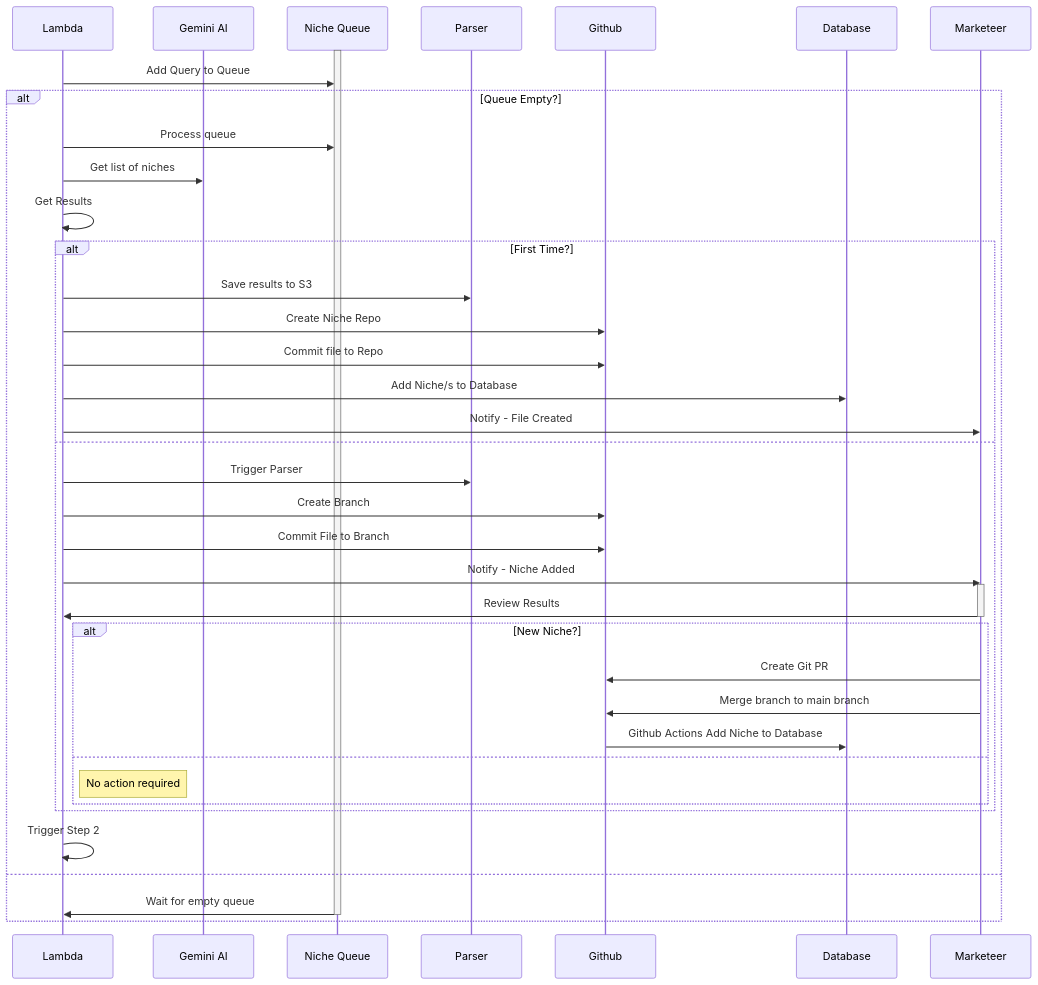
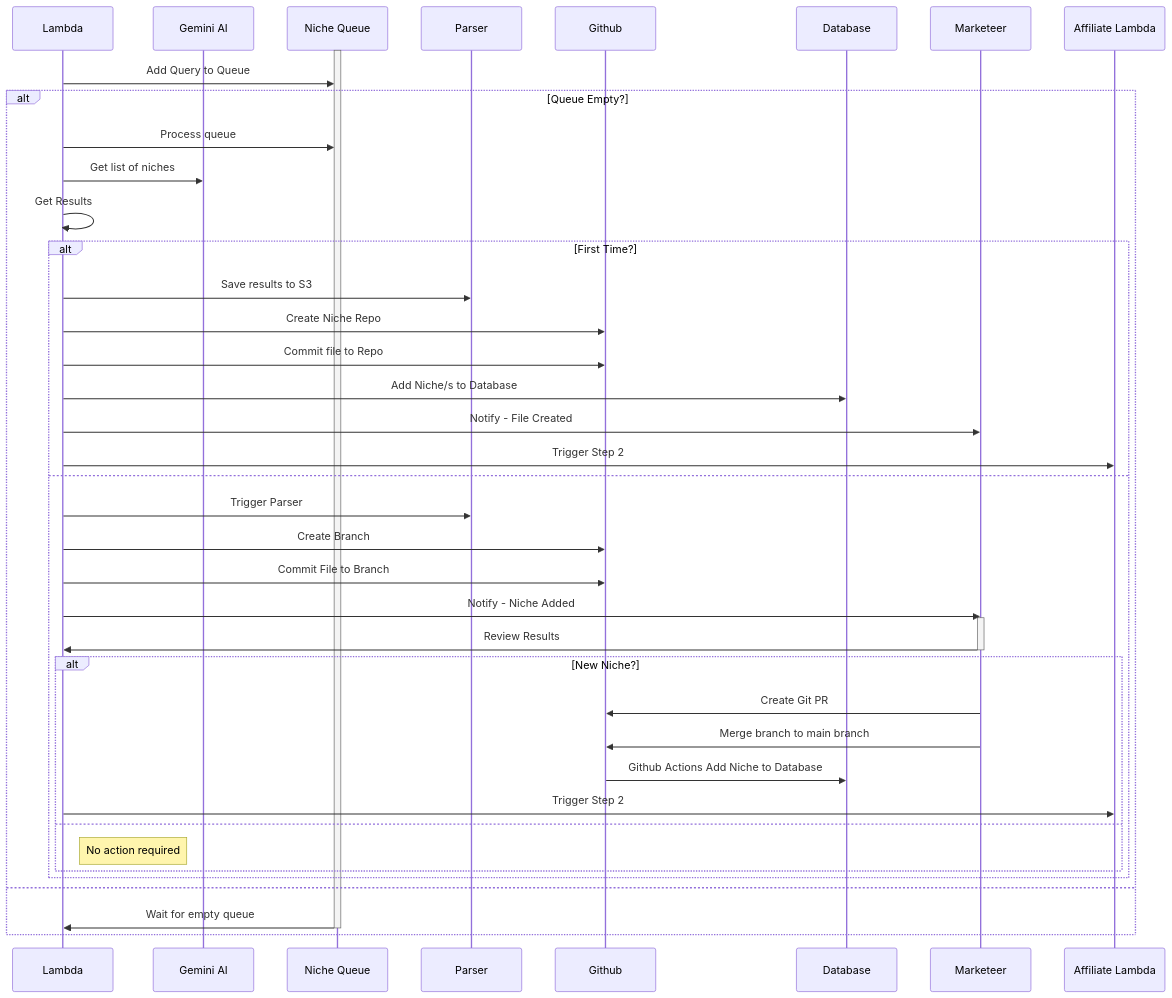
Before and after one commit to mmaidana/marky-ai: the diagram in diagrams/solution-sequence-diagram.mmd, drawn with Mermaid. The commit also changed 1 other file, not shown here.

Commit message:
first step done perfectly

```diff
--- a/diagrams/solution-sequence-diagram.mmd
+++ b/diagrams/solution-sequence-diagram.mmd
@@ -1,41 +1,49 @@
 sequenceDiagram
     participant Lambda
     participant Gemini AI
     participant Niche Queue
     participant Parser
     participant Github
     participant Database
     participant Marketeer
+    participant Affiliate Lambda
     activate Niche Queue
     Lambda->>Niche Queue: Add Query to Queue
+
     alt Queue Empty?
         Lambda->>Niche Queue: Process queue
         Lambda->>Gemini AI: Get list of niches
         Lambda->>Lambda: Get Results
+
         alt First Time?
             Lambda->>Parser: Save results to S3
             Lambda->>Github: Create Niche Repo
             Lambda->>Github: Commit file to Repo
             Lambda->>Database: Add Niche/s to Database
             Lambda->>Marketeer: Notify - File Created
+            Lambda->>Affiliate Lambda: Trigger Step 2
         else
             Lambda->>Parser: Trigger Parser
             Lambda->>Github: Create Branch
             Lambda->>Github: Commit File to Branch
             Lambda->>Marketeer: Notify - Niche Added
             activate Marketeer
             Marketeer->>Lambda: Review Results
             deactivate Marketeer
+
             alt New Niche?
                 Marketeer->>Github: Create Git PR
                 Marketeer->>Github: Merge branch to main branch
                 Github->>Database: Github Actions Add Niche to Database
+                Lambda->>Affiliate Lambda: Trigger Step 2
             else
                 Note right of Lambda: No action required
             end
+
         end
-        Lambda->>Lambda: Trigger Step 2
+
+        
         else
         Niche Queue->>Lambda: Wait for empty queue
         deactivate Niche Queue
     end  
```
